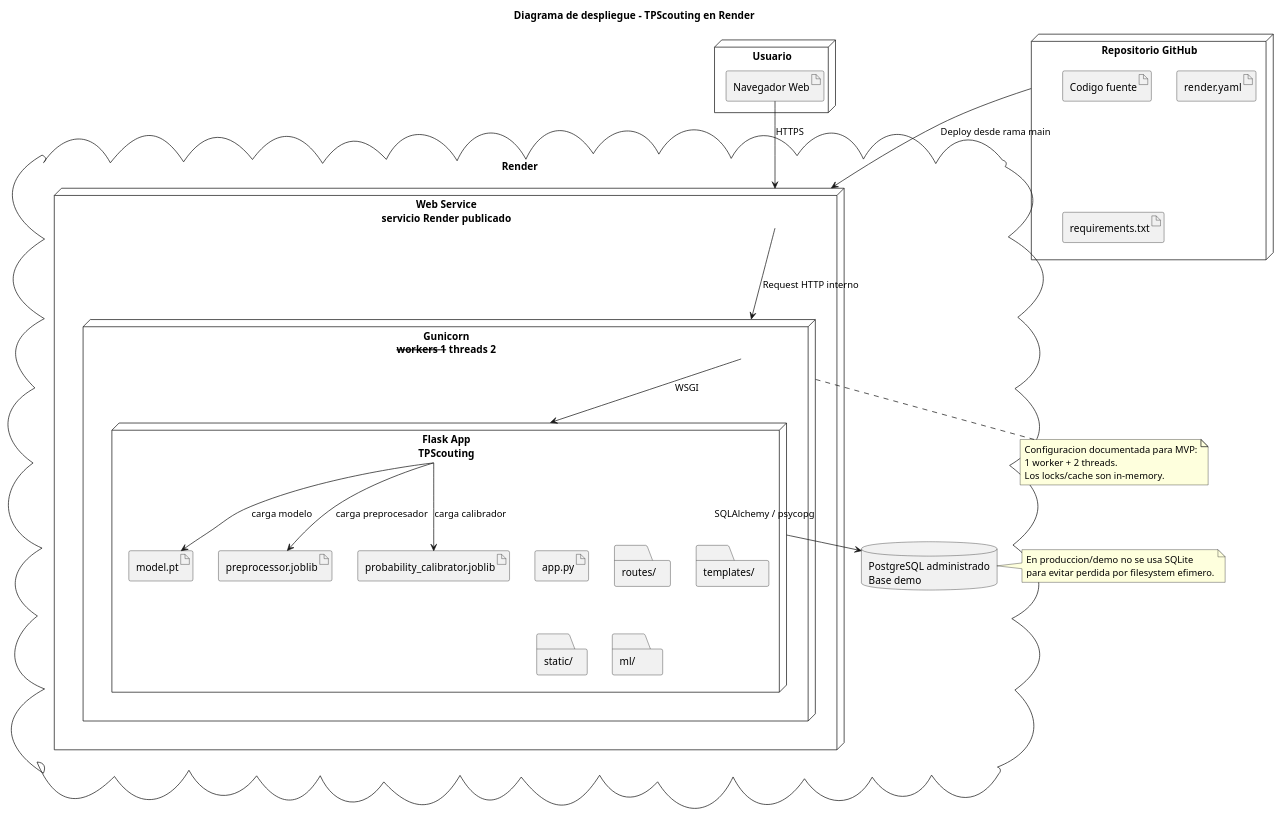
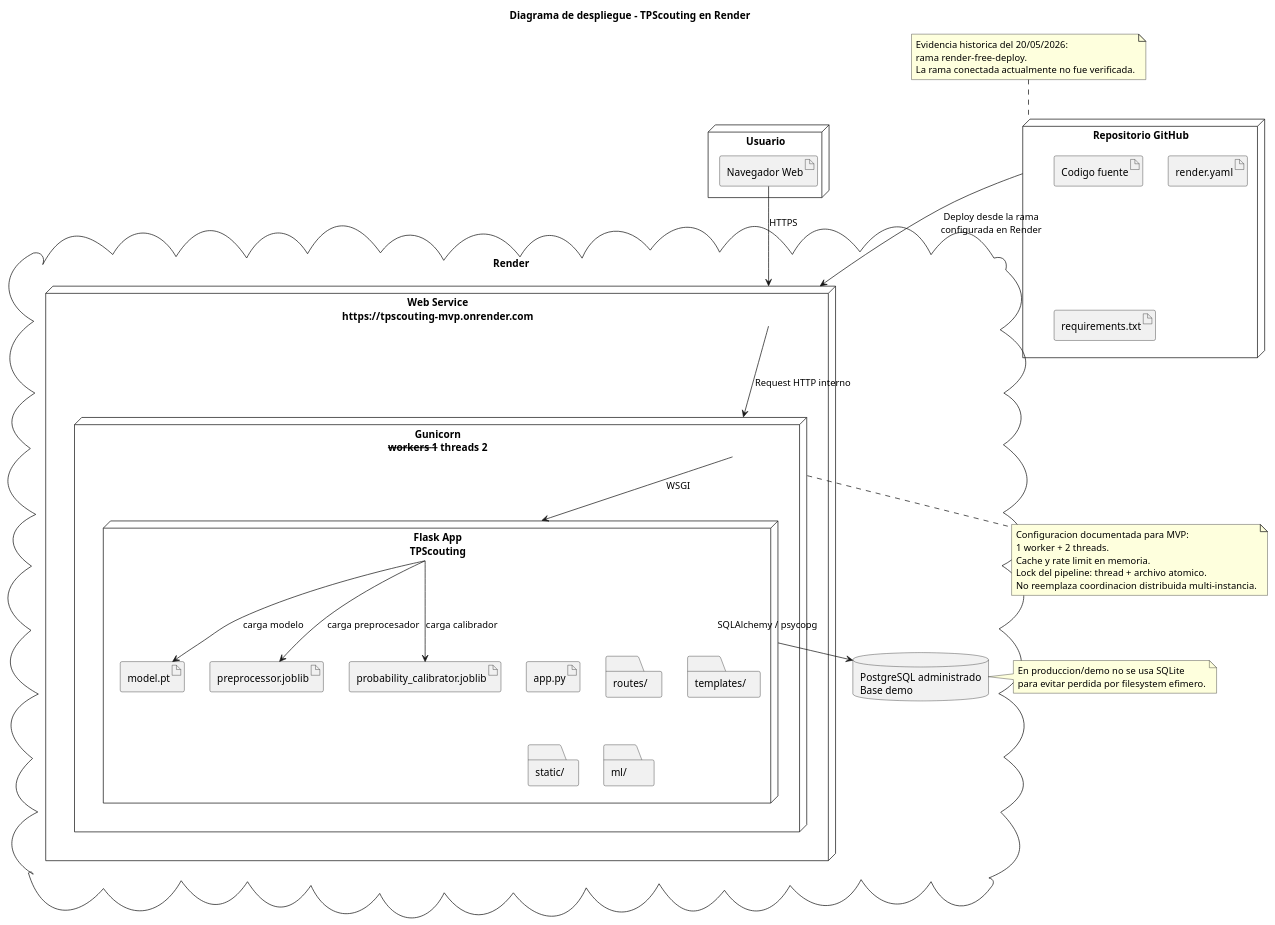
Before and after one commit to indio21/TPScouting-entrega: the diagram in docs/diagramas/plantuml/04_despliegue.puml, drawn with PlantUML. The commit also changed 11 other files, not shown here.

Commit message:
fix: update audited prediction flow

```diff
--- a/docs/diagramas/plantuml/04_despliegue.puml
+++ b/docs/diagramas/plantuml/04_despliegue.puml
@@ -1,54 +1,62 @@
 @startuml
 title Diagrama de despliegue - TPScouting en Render
 
 node "Usuario" {
   artifact "Navegador Web" as Browser
 }
 
 cloud "Render" {
-  node "Web Service\nservicio Render publicado" as RenderWeb {
+  node "Web Service\nhttps://tpscouting-mvp.onrender.com" as RenderWeb {
     node "Gunicorn\n--workers 1 --threads 2" as Gunicorn {
       node "Flask App\nTPScouting" as FlaskApp {
         artifact "app.py" as AppPy
         folder "routes/" as Routes
         folder "templates/" as Templates
         folder "static/" as Static
         folder "ml/" as MLRuntime
         artifact "model.pt" as ModelPT
         artifact "preprocessor.joblib" as Preprocessor
         artifact "probability_calibrator.joblib" as Calibrator
       }
     }
   }
 
   database "PostgreSQL administrado\nBase demo" as RenderDB
 }
 
 node "Repositorio GitHub" as GitHub {
   artifact "Codigo fuente" as Code
   artifact "render.yaml" as RenderYaml
   artifact "requirements.txt" as Requirements
 }
 
 Browser --> RenderWeb : HTTPS
 RenderWeb --> Gunicorn : Request HTTP interno
 Gunicorn --> FlaskApp : WSGI
 FlaskApp --> RenderDB : SQLAlchemy / psycopg
 FlaskApp --> ModelPT : carga modelo
 FlaskApp --> Preprocessor : carga preprocesador
 FlaskApp --> Calibrator : carga calibrador
 
-GitHub --> RenderWeb : Deploy desde rama main
+GitHub --> RenderWeb : Deploy desde la rama\nconfigurada en Render
 
 note right of RenderDB
 En produccion/demo no se usa SQLite
 para evitar perdida por filesystem efimero.
 end note
 
 note bottom of Gunicorn
 Configuracion documentada para MVP:
 1 worker + 2 threads.
-Los locks/cache son in-memory.
+Cache y rate limit en memoria.
+Lock del pipeline: thread + archivo atomico.
+No reemplaza coordinacion distribuida multi-instancia.
+end note
+
+note top of GitHub
+Evidencia historica del 20/05/2026:
+rama render-free-deploy.
+La rama conectada actualmente no fue verificada.
 end note
 
 @enduml
```
